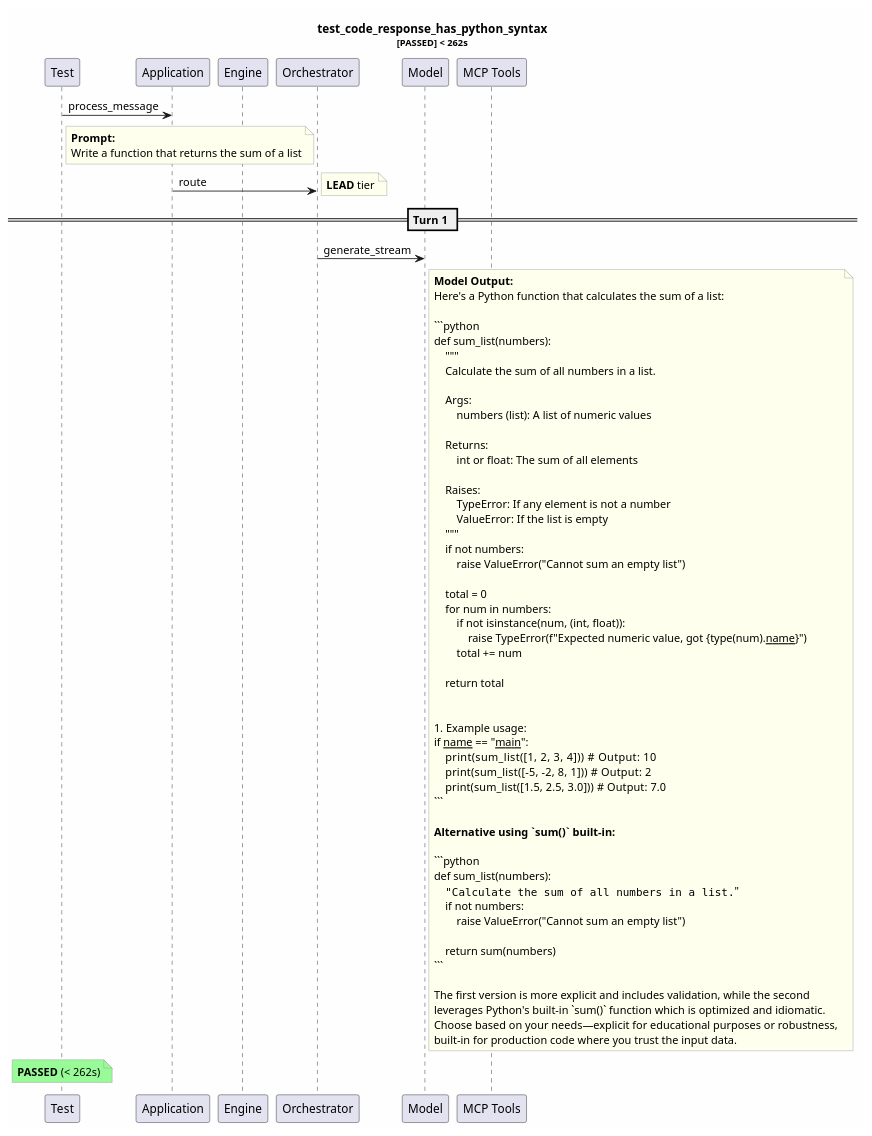
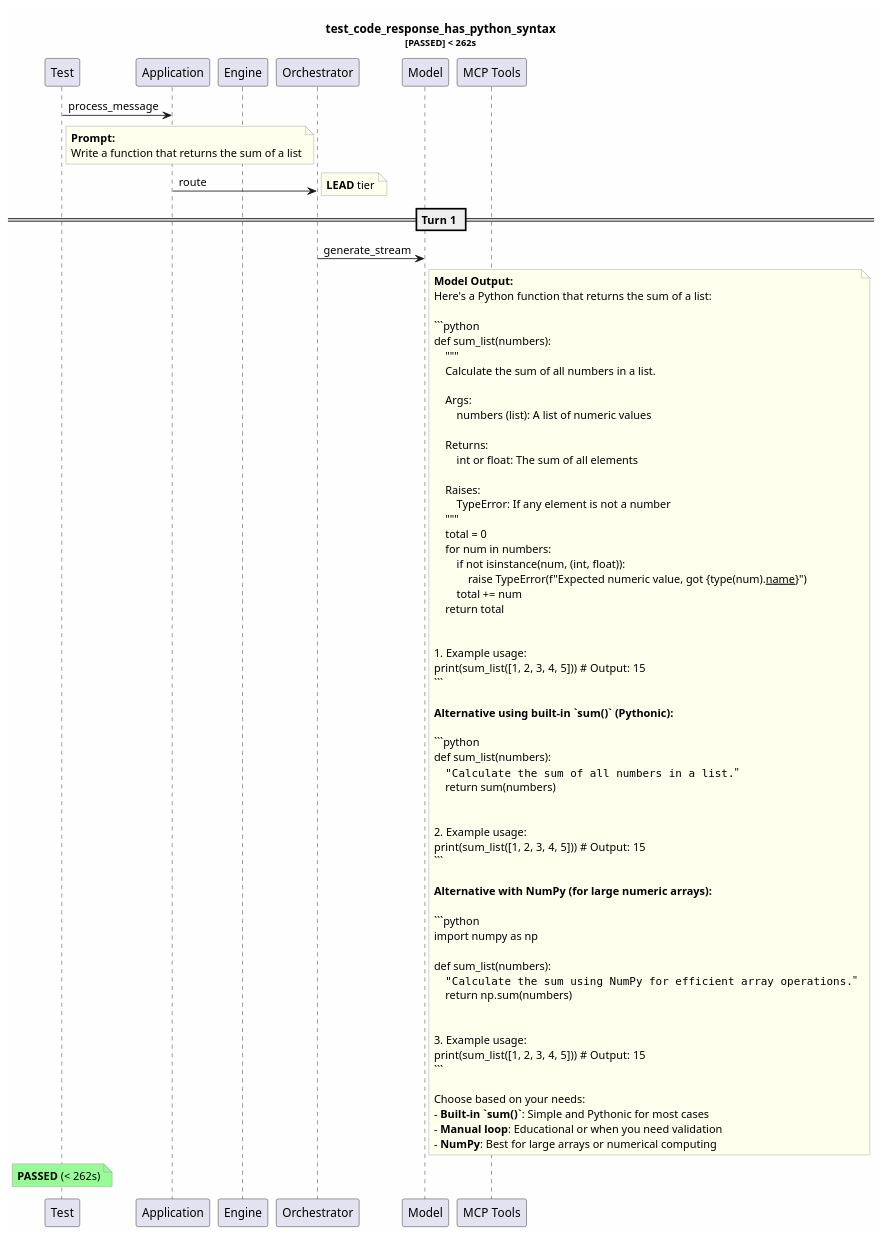
Before and after one commit to tvanfossen/entropic: the diagram in test-reports/logs/test_code_response_has_python_syntax/test_code_response_has_python_syntax.puml, drawn with PlantUML. The commit also changed 11 other files, not shown here.

````diff
--- a/test-reports/logs/test_code_response_has_python_syntax/test_code_response_has_python_syntax.puml
+++ b/test-reports/logs/test_code_response_has_python_syntax/test_code_response_has_python_syntax.puml
@@ -1,81 +1,88 @@
 @startuml
 skinparam backgroundColor #FEFEFE
 skinparam noteBorderColor #999999
 skinparam noteBackgroundColor #FFFFEE
 title test_code_response_has_python_syntax\n<size:11>[PASSED] < 262s</size>
 
 participant "Test" as T
 participant "Application" as App
 participant "Engine" as Eng
 participant "Orchestrator" as Orch
 participant "Model" as Mdl
 participant "MCP Tools" as MCP
 
 T -> App: process_message
 note right of T
   **Prompt:**
   Write a function that returns the sum of a list
 end note
 App -> Orch: route
 note right: **LEAD** tier
 == Turn 1 ==
 Orch -> Mdl: generate_stream
 note right of Mdl
   **Model Output:**
-  Here's a Python function that calculates the sum of a list:
+  Here's a Python function that returns the sum of a list:
   
   ```python
   def sum_list(numbers):
       """
       Calculate the sum of all numbers in a list.
       
       Args:
           numbers (list): A list of numeric values
           
       Returns:
           int or float: The sum of all elements
           
       Raises:
           TypeError: If any element is not a number
-          ValueError: If the list is empty
       """
-      if not numbers:
-          raise ValueError("Cannot sum an empty list")
-      
       total = 0
       for num in numbers:
           if not isinstance(num, (int, float)):
               raise TypeError(f"Expected numeric value, got {type(num).__name__}")
           total += num
-      
       return total
   
   
   # Example usage:
-  if __name__ == "__main__":
-      print(sum_list([1, 2, 3, 4]))      # Output: 10
-      print(sum_list([-5, -2, 8, 1]))    # Output: 2
-      print(sum_list([1.5, 2.5, 3.0]))   # Output: 7.0
+  print(sum_list([1, 2, 3, 4, 5]))  # Output: 15
   ```
   
-  **Alternative using `sum()` built-in:**
+  **Alternative using built-in `sum()` (Pythonic):**
   
   ```python
   def sum_list(numbers):
       """Calculate the sum of all numbers in a list."""
-      if not numbers:
-          raise ValueError("Cannot sum an empty list")
-      
       return sum(numbers)
+  
+  
+  # Example usage:
+  print(sum_list([1, 2, 3, 4, 5]))  # Output: 15
   ```
   
-  The first version is more explicit and includes validation, while the second 
-  leverages Python's built-in `sum()` function which is optimized and idiomatic. 
-  Choose based on your needs—explicit for educational purposes or robustness, 
-  built-in for production code where you trust the input data.
+  **Alternative with NumPy (for large numeric arrays):**
+  
+  ```python
+  import numpy as np
+  
+  def sum_list(numbers):
+      """Calculate the sum using NumPy for efficient array operations."""
+      return np.sum(numbers)
+  
+  
+  # Example usage:
+  print(sum_list([1, 2, 3, 4, 5]))  # Output: 15
+  ```
+  
+  Choose based on your needs:
+  - **Built-in `sum()`**: Simple and Pythonic for most cases
+  - **Manual loop**: Educational or when you need validation
+  - **NumPy**: Best for large arrays or numerical computing
 end note
 note over T #palegreen
   **PASSED** (< 262s)
 end note
 
 @enduml
````
